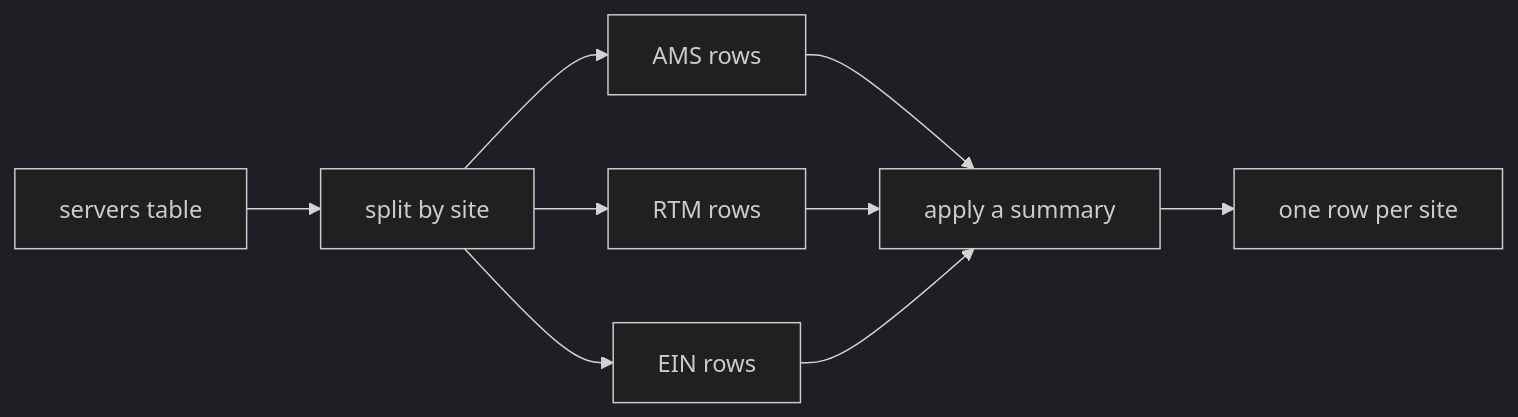
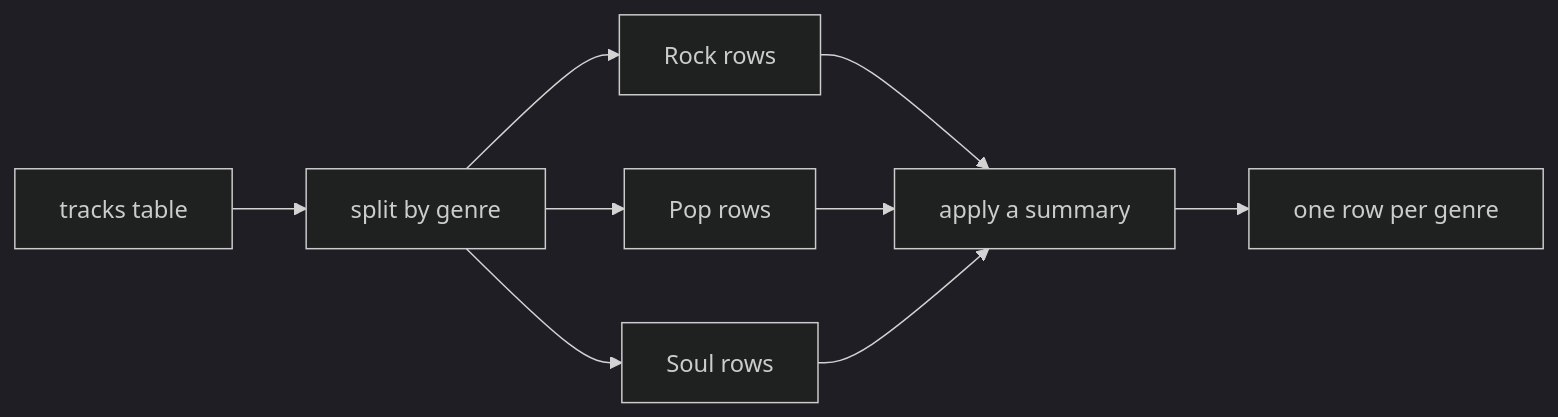
The diagram in libraries/src/slides/07-pandas/07-pandas.md (FeikoWielsma/courseWare-Python-Programming), drawn with Mermaid (dark theme) before and after one commit. The commit also changed other lines of this file and 308 other files, not shown here.

````diff
--- a/libraries/src/slides/07-pandas/07-pandas.md
+++ b/libraries/src/slides/07-pandas/07-pandas.md
@@ -380,11 +304,11 @@
 ```mermaid
 flowchart LR
-  A[servers table] --> B[split by site]
-  B --> C1[AMS rows]
-  B --> C2[RTM rows]
-  B --> C3[EIN rows]
-  C1 --> D[apply a summary]
-  C2 --> D
-  C3 --> D
-  D --> E[one row per site]
+  A[tracks table] --> B[split by genre]
+  B --> C[Rock rows]
+  B --> D[Pop rows]
+  B --> E[Soul rows]
+  C --> F[apply a summary]
+  D --> F
+  E --> F
+  F --> G[one row per genre]
 ```
````
